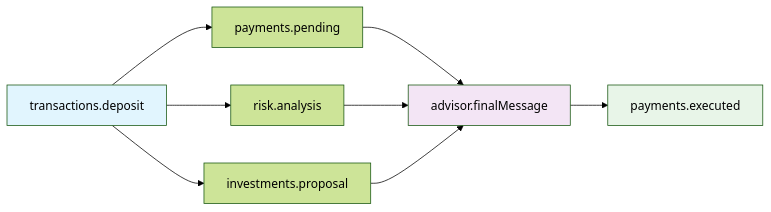
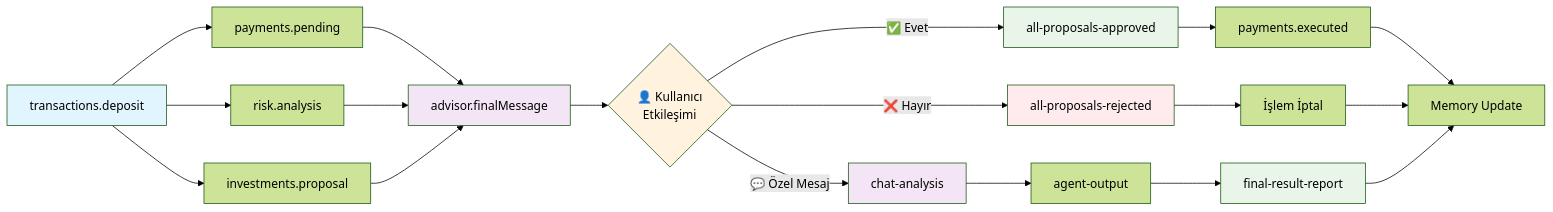
One commit to epazar20/financial-agentic-ai changed the second of 3 diagrams in PRD_DEPOSIT.md. Above: the diagram before and after it, drawn with Mermaid (forest theme). The commit also changed other lines of this file and 1 other file, not shown here.

Commit message:
feat: Kullanıcı etkileşim senaryoları ve onay süreçleri güncellendi

````diff
--- a/PRD_DEPOSIT.md
+++ b/PRD_DEPOSIT.md
@@ -338,14 +418,28 @@
 ```mermaid
 graph LR
     A[transactions.deposit] --> B[payments.pending]
     A --> C[risk.analysis]
     A --> D[investments.proposal]
     B --> E[advisor.finalMessage]
     C --> E
     D --> E
-    E --> F[payments.executed]
+    E --> F{👤 Kullanıcı<br/>Etkileşimi}
+    F -->|✅ Evet| G[all-proposals-approved]
+    F -->|❌ Hayır| H[all-proposals-rejected]
+    F -->|💬 Özel Mesaj| I[chat-analysis]
+    G --> J[payments.executed]
+    H --> K[İşlem İptal]
+    I --> L[agent-output]
+    L --> M[final-result-report]
+    J --> N[Memory Update]
+    K --> N
+    M --> N
     
     style A fill:#e1f5fe
     style E fill:#f3e5f5
-    style F fill:#e8f5e8
+    style F fill:#fff3e0
+    style G fill:#e8f5e8
+    style H fill:#ffebee
+    style I fill:#f3e5f5
+    style M fill:#e8f5e8
 ```
````
